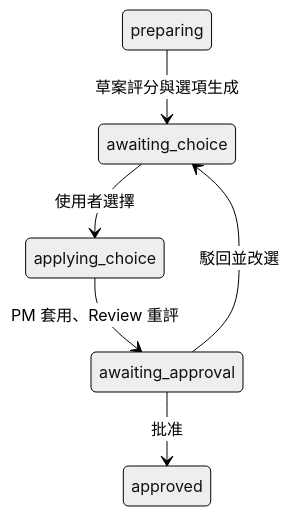
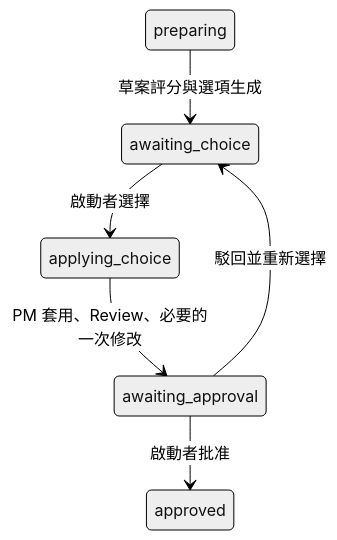
The diagram in TECHNICAL_GUIDE.md (JayceKc/Discord-Ai-bot), drawn with Mermaid (neutral theme) before and after one commit. The commit also changed other lines of this file and 73 other files, not shown here.

````diff
--- a/TECHNICAL_GUIDE.md
+++ b/TECHNICAL_GUIDE.md
@@ -716,8 +116,8 @@
 ```mermaid
 stateDiagram-v2
     preparing --> awaiting_choice: 草案評分與選項生成
-    awaiting_choice --> applying_choice: 使用者選擇
-    applying_choice --> awaiting_approval: PM 套用、Review 重評
-    awaiting_approval --> approved: 批准
-    awaiting_approval --> awaiting_choice: 駁回並改選
+    awaiting_choice --> applying_choice: 啟動者選擇
+    applying_choice --> awaiting_approval: PM 套用、Review、必要的一次修改
+    awaiting_approval --> approved: 啟動者批准
+    awaiting_approval --> awaiting_choice: 駁回並重新選擇
 ```
````
